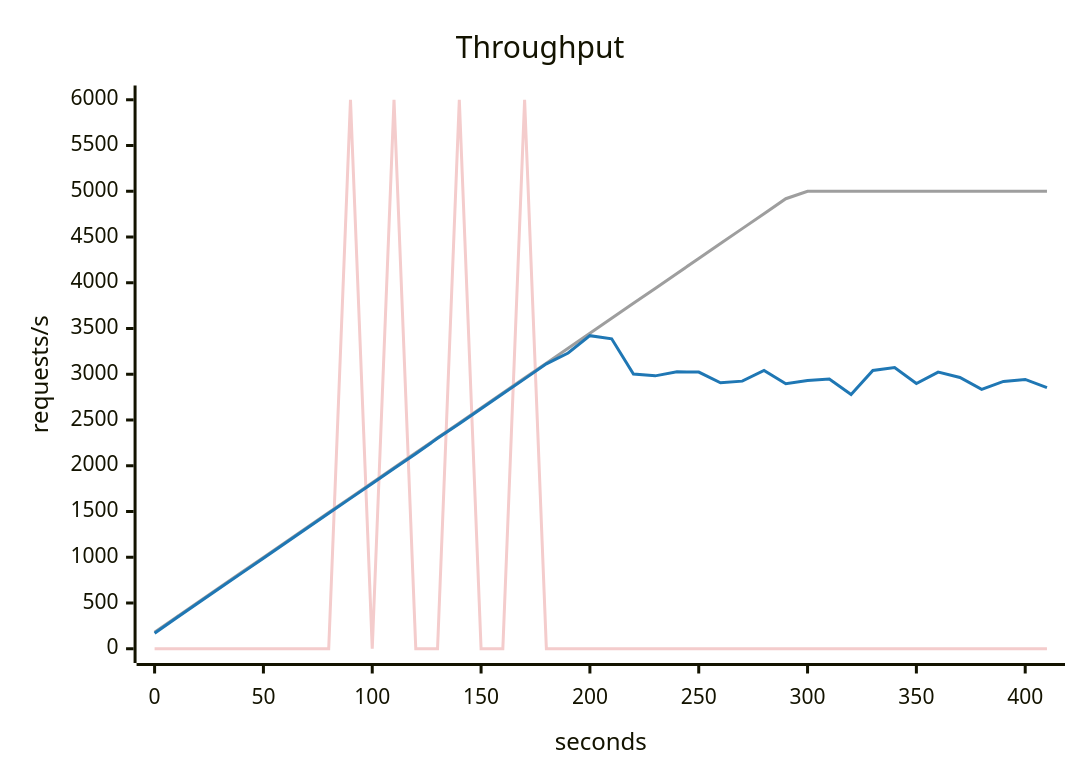
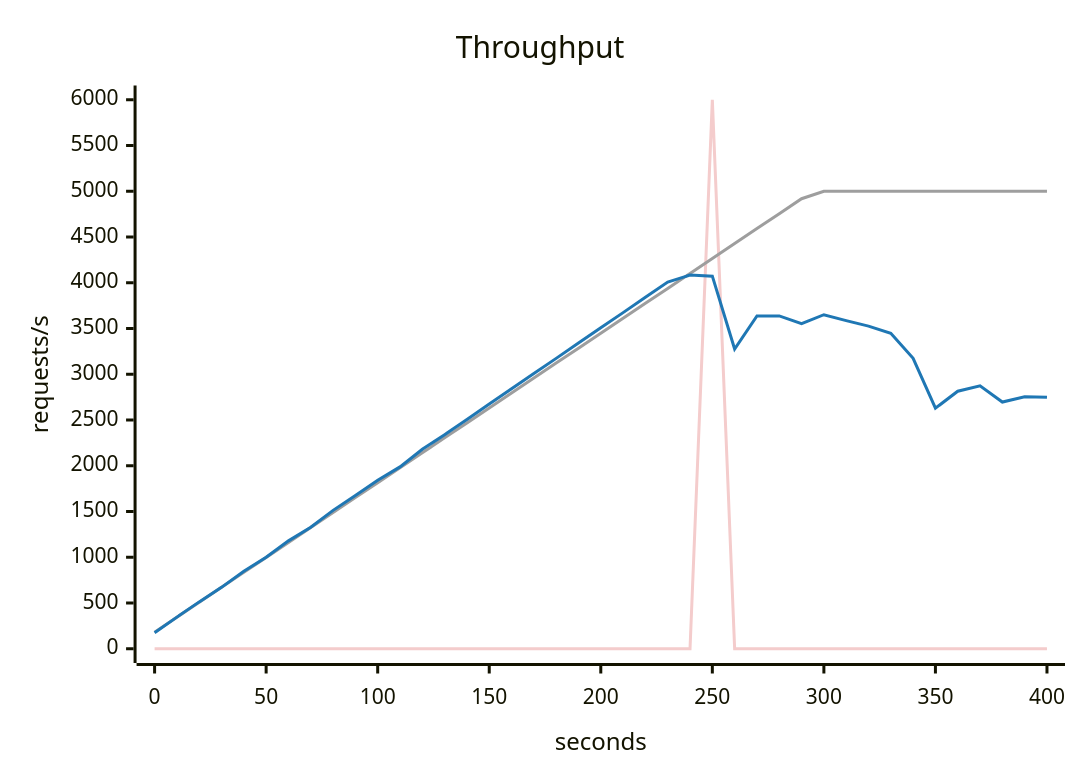
Before and after one commit to akinfemi/load-lore: the second of 5 diagrams in scenarios/single-postgres-breaking-point/solutions/one-query-per-page/report.md, drawn with Mermaid. The commit also changed other lines of this file and 20 other files, not shown here.

````diff
--- a/scenarios/single-postgres-breaking-point/solutions/one-query-per-page/report.md
+++ b/scenarios/single-postgres-breaking-point/solutions/one-query-per-page/report.md
@@ -40,16 +37,16 @@
 ```mermaid
 ---
 config:
   themeVariables:
     xyChart:
       backgroundColor: "transparent"
       plotColorPalette: "#f4cccc, #9e9e9e, #1f77b4"
 ---
 xychart-beta
     title "Throughput"
-    x-axis "seconds" 0 --> 410
+    x-axis "seconds" 0 --> 400
     y-axis "requests/s" 0 --> 6000
-    line [0, 0, 0, 0, 0, 0, 0, 0, 0, 6000, 0, 6000, 0, 0, 6000, 0, 0, 6000, 0, 0, 0, 0, 0, 0, 0, 0, 0, 0, 0, 0, 0, 0, 0, 0, 0, 0, 0, 0, 0, 0, 0, 0]
-    line [181.667, 345, 508.333, 671.667, 835, 998.333, 1161.667, 1325, 1488.333, 1651.667, 1815, 1978.333, 2141.667, 2305, 2468.333, 2631.667, 2795, 2958.333, 3121.667, 3285, 3448.333, 3611.667, 3775, 3938.333, 4101.667, 4265, 4428.333, 4591.667, 4755, 4918.333, 5000, 5000, 5000, 5000, 5000, 5000, 5000, 5000, 5000, 5000, 5000, 5000]
-    line [168.618, 336.494, 499.966, 663.409, 826.584, 990.09, 1153.402, 1316.408, 1480.124, 1643.307, 1806.498, 1969.987, 2130.198, 2299.898, 2459.722, 2623.476, 2786.549, 2949.368, 3113.75, 3232.311, 3421.54, 3387.78, 3003.319, 2982.495, 3026.499, 3023.901, 2906.989, 2924.664, 3041.197, 2896.851, 2932.395, 2948.206, 2778.675, 3041.325, 3072.829, 2898.277, 3023.455, 2964.47, 2835.51, 2921.389, 2943.673, 2853.881]
+    line [0, 0, 0, 0, 0, 0, 0, 0, 0, 0, 0, 0, 0, 0, 0, 0, 0, 0, 0, 0, 0, 0, 0, 0, 0, 6000, 0, 0, 0, 0, 0, 0, 0, 0, 0, 0, 0, 0, 0, 0, 0]
+    line [181.667, 345, 508.333, 671.667, 835, 998.333, 1161.667, 1325, 1488.333, 1651.667, 1815, 1978.333, 2141.667, 2305, 2468.333, 2631.667, 2795, 2958.333, 3121.667, 3285, 3448.333, 3611.667, 3775, 3938.333, 4101.667, 4265, 4428.333, 4591.667, 4755, 4918.333, 5000, 5000, 5000, 5000, 5000, 5000, 5000, 5000, 5000, 5000, 5000]
+    line [174.146, 345.472, 512.229, 670.786, 846.053, 999.572, 1179.174, 1328.432, 1512.397, 1674.592, 1841.376, 1987.437, 2179.742, 2340.021, 2506.658, 2674.04, 2840.664, 3007.322, 3173.549, 3340.319, 3507.628, 3673.532, 3840.892, 4007.198, 4084.616, 4072.088, 3275.988, 3636.747, 3637.842, 3552.332, 3650.626, 3586.121, 3525.728, 3447.451, 3174.578, 2628.83, 2814.527, 2874.192, 2696.429, 2754.836, 2748.946]
 ```
````
